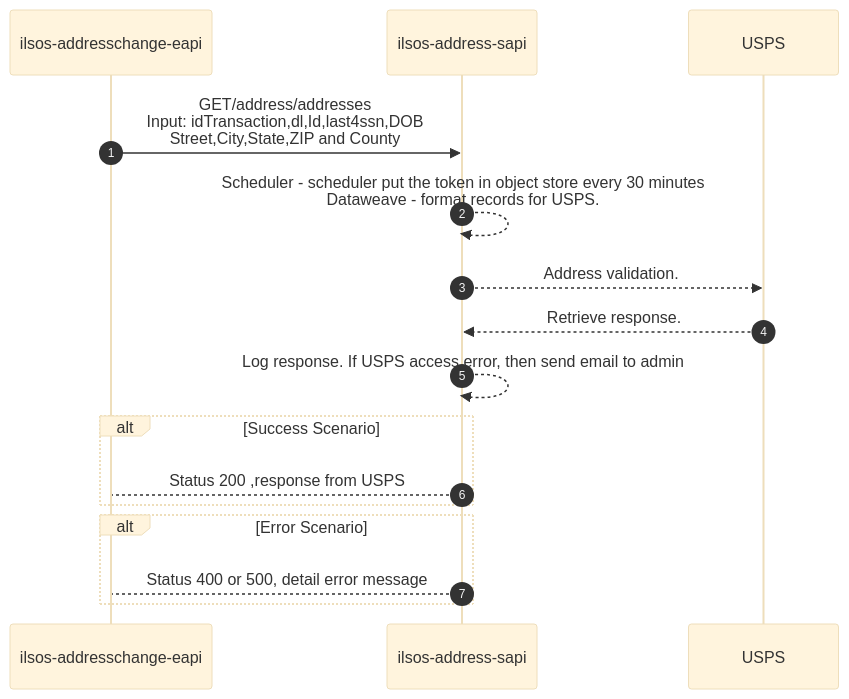
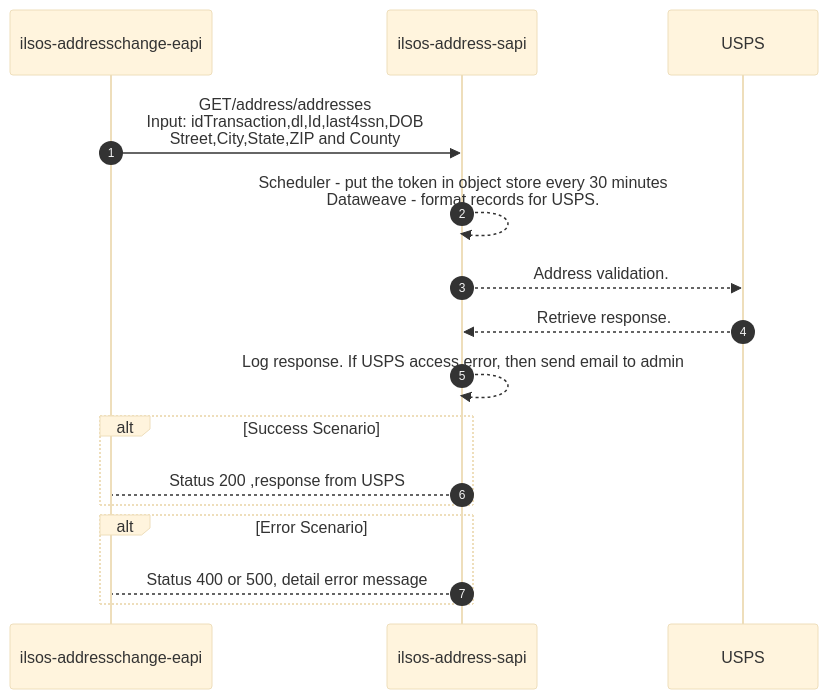
One commit to acme-devs/ilsos-address-sapi changed the diagram in README.md. Above: the diagram before and after it, drawn with Mermaid (base theme).

````diff
--- a/README.md
+++ b/README.md
@@ -27,22 +27,22 @@
 ```mermaid
 
 sequenceDiagram
     autonumber
     participant eapi as ilsos-addresschange-eapi
     participant api as ilsos-address-sapi
     participant usps as USPS
 
     eapi->>api:GET/address/addresses <br>Input: idTransaction,dl,Id,last4ssn,DOB<br>Street,City,State,ZIP and County
-    api-->>api:Scheduler - scheduler put the token in object store every 30 minutes<br>Dataweave - format records for USPS.
+    api-->>api:Scheduler - put the token in object store every 30 minutes<br>Dataweave - format records for USPS.
     api-->>usps:Address validation.
     usps-->>api:Retrieve response.
     api-->>api:Log response. If USPS access error, then send email to admin
     alt Success Scenario 
         api-->eapi: Status 200 ,response from USPS
     end
     alt Error Scenario 
         api-->eapi: Status 400 or 500, detail error message
     end
   
 
   ```
````
